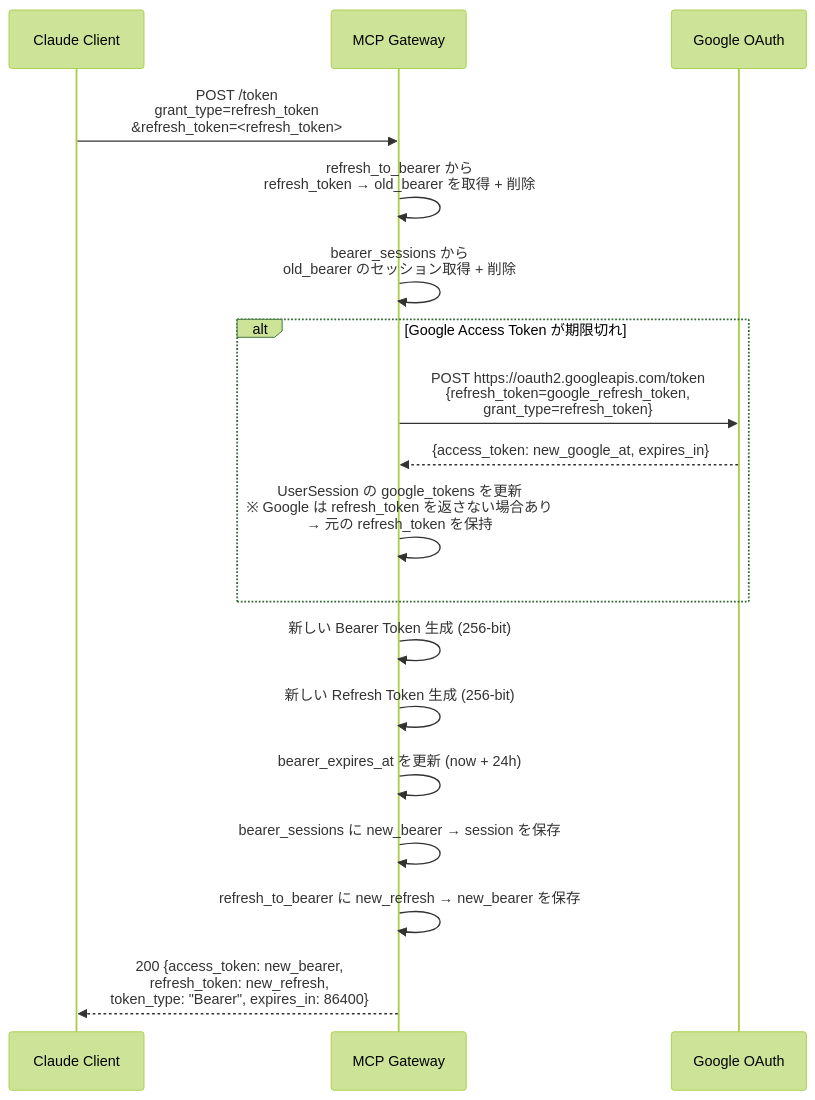
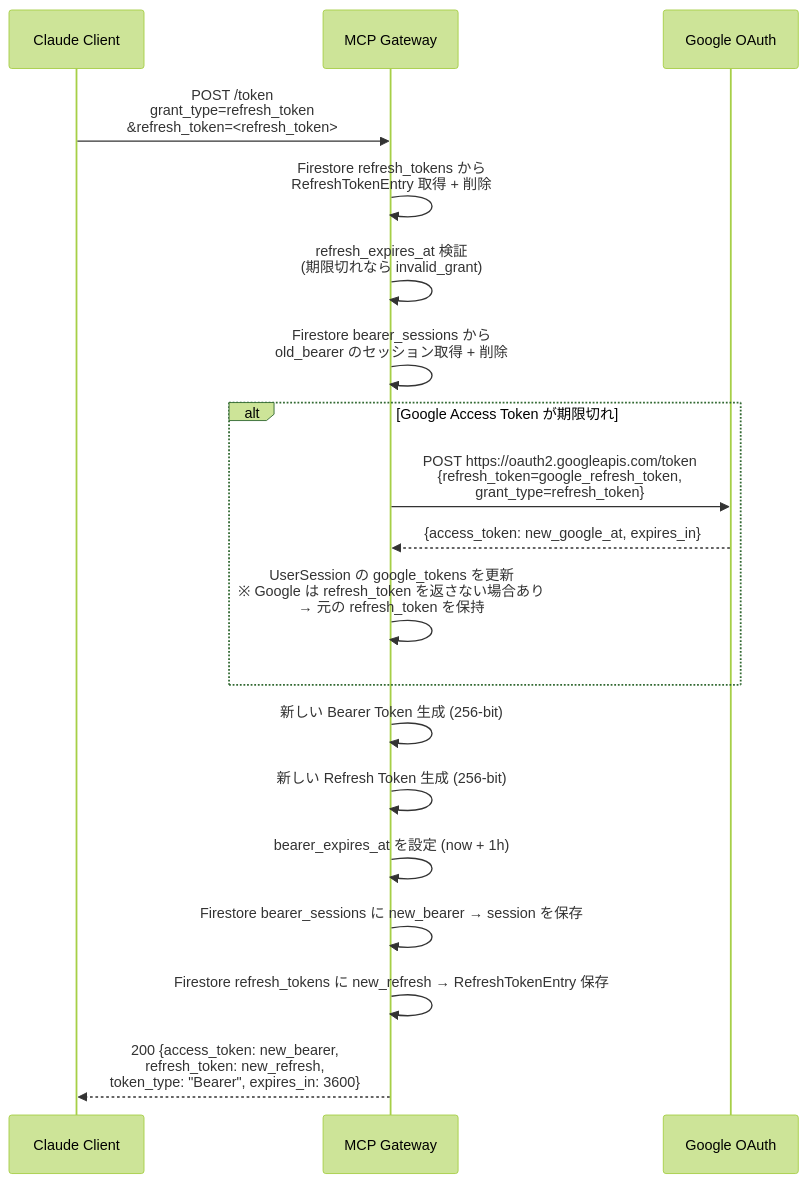
The third of 10 diagrams in specs/remote-mcp-gateway/auth-flows.md (kushim-team/gws-cli), drawn with Mermaid (forest theme) before and after one commit. The commit also changed other lines of this file and 2 other files, not shown here.

Commit message:
feat: implement stateless architecture with Firestore migration and independent TTL for refresh tokens

````diff
--- a/specs/remote-mcp-gateway/auth-flows.md
+++ b/specs/remote-mcp-gateway/auth-flows.md
@@ -127,25 +130,26 @@
 ```mermaid
 sequenceDiagram
     participant C as Claude Client
     participant G as MCP Gateway
     participant Go as Google OAuth
 
     C->>G: POST /token<br/>grant_type=refresh_token<br/>&refresh_token=<refresh_token>
 
-    G->>G: refresh_to_bearer から<br/>refresh_token → old_bearer を取得 + 削除
-    G->>G: bearer_sessions から<br/>old_bearer のセッション取得 + 削除
+    G->>G: Firestore refresh_tokens から<br/>RefreshTokenEntry 取得 + 削除
+    G->>G: refresh_expires_at 検証<br/>(期限切れなら invalid_grant)
+    G->>G: Firestore bearer_sessions から<br/>old_bearer のセッション取得 + 削除
 
     alt Google Access Token が期限切れ
         G->>Go: POST https://oauth2.googleapis.com/token<br/>{refresh_token=google_refresh_token,<br/>grant_type=refresh_token}
         Go-->>G: {access_token: new_google_at, expires_in}
         G->>G: UserSession の google_tokens を更新<br/>※ Google は refresh_token を返さない場合あり<br/>→ 元の refresh_token を保持
     end
 
     G->>G: 新しい Bearer Token 生成 (256-bit)
     G->>G: 新しい Refresh Token 生成 (256-bit)
-    G->>G: bearer_expires_at を更新 (now + 24h)
-    G->>G: bearer_sessions に new_bearer → session を保存
-    G->>G: refresh_to_bearer に new_refresh → new_bearer を保存
+    G->>G: bearer_expires_at を設定 (now + 1h)
+    G->>G: Firestore bearer_sessions に new_bearer → session を保存
+    G->>G: Firestore refresh_tokens に new_refresh → RefreshTokenEntry 保存
 
-    G-->>C: 200 {access_token: new_bearer,<br/>refresh_token: new_refresh,<br/>token_type: "Bearer", expires_in: 86400}
+    G-->>C: 200 {access_token: new_bearer,<br/>refresh_token: new_refresh,<br/>token_type: "Bearer", expires_in: 3600}
 ```
````
